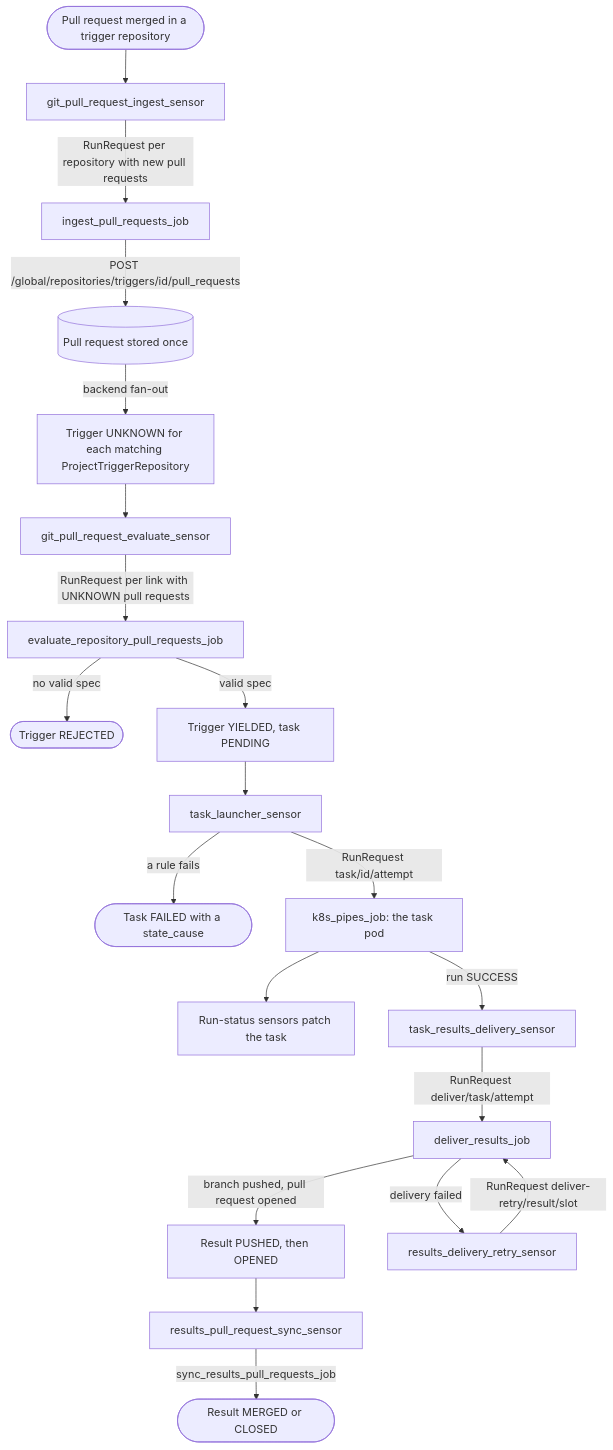
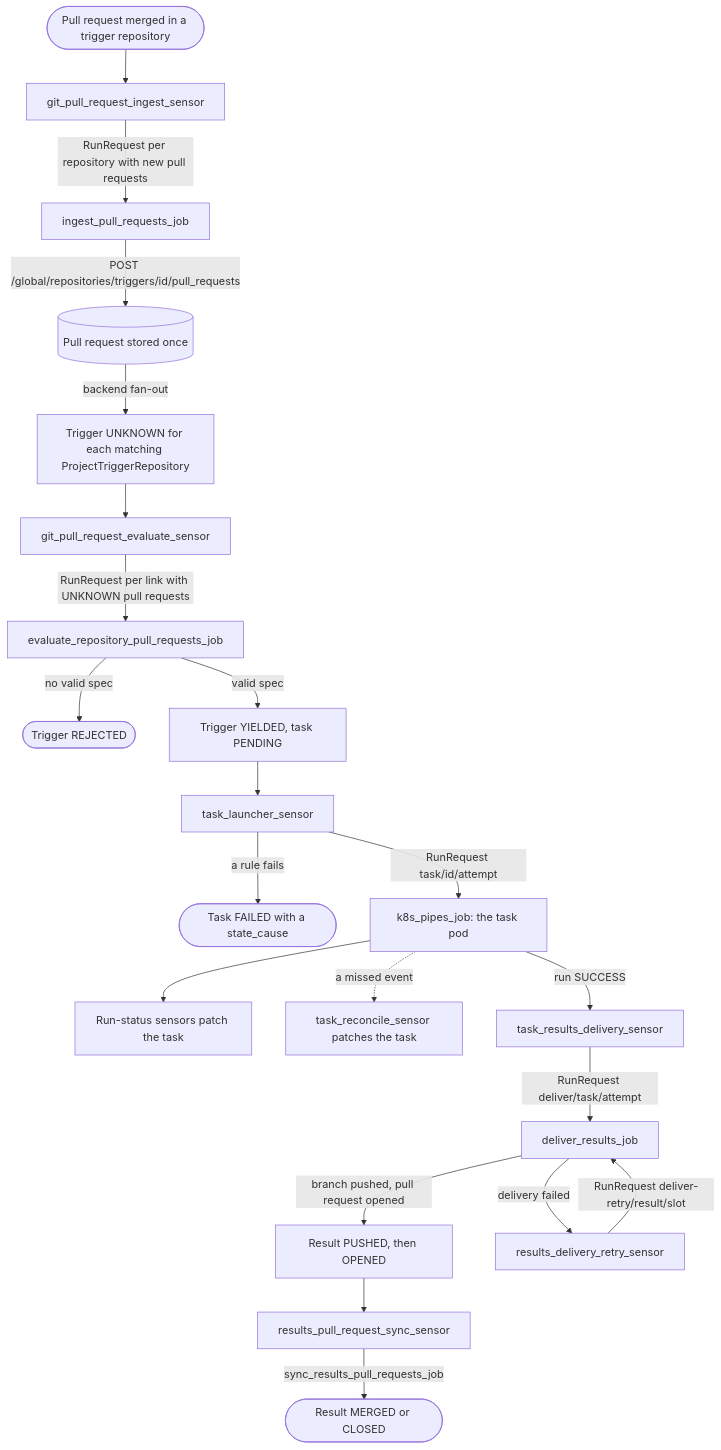
One commit to Aridhia-Open-Source/PHEMS_federated_node changed the diagram in docs/architecture/sensors/README.md. Above: the diagram before and after it, drawn with Mermaid. The commit also changed other lines of this file and 13 other files, not shown here.

First line of the commit message:
Docs: the reconcile sensor, twelve sensors, any start order

````diff
--- a/docs/architecture/sensors/README.md
+++ b/docs/architecture/sensors/README.md
@@ -27,22 +28,23 @@
 ```mermaid
 flowchart TD
     A([Pull request merged in a trigger repository]) --> B["git_pull_request_ingest_sensor"]
     B -->|"RunRequest per repository with new pull requests"| C["ingest_pull_requests_job"]
     C -->|"POST /global/repositories/triggers/id/pull_requests"| D[("Pull request stored once")]
     D -->|"backend fan-out"| E["Trigger UNKNOWN for each matching ProjectTriggerRepository"]
     E --> F["git_pull_request_evaluate_sensor"]
     F -->|"RunRequest per link with UNKNOWN pull requests"| G["evaluate_repository_pull_requests_job"]
     G -->|"no valid spec"| H(["Trigger REJECTED"])
     G -->|"valid spec"| I["Trigger YIELDED, task PENDING"]
     I --> J["task_launcher_sensor"]
     J -->|"a rule fails"| L(["Task FAILED with a state_cause"])
     J -->|"RunRequest task/id/attempt"| K["k8s_pipes_job: the task pod"]
     K --> M["Run-status sensors patch the task"]
+    K -.->|"a missed event"| T["task_reconcile_sensor patches the task"]
     K -->|"run SUCCESS"| N["task_results_delivery_sensor"]
     N -->|"RunRequest deliver/task/attempt"| O["deliver_results_job"]
     O -->|"branch pushed, pull request opened"| P["Result PUSHED, then OPENED"]
     O -->|"delivery failed"| Q["results_delivery_retry_sensor"]
     Q -->|"RunRequest deliver-retry/result/slot"| O
     P --> R["results_pull_request_sync_sensor"]
     R -->|"sync_results_pull_requests_job"| S(["Result MERGED or CLOSED"])
 ```
````
